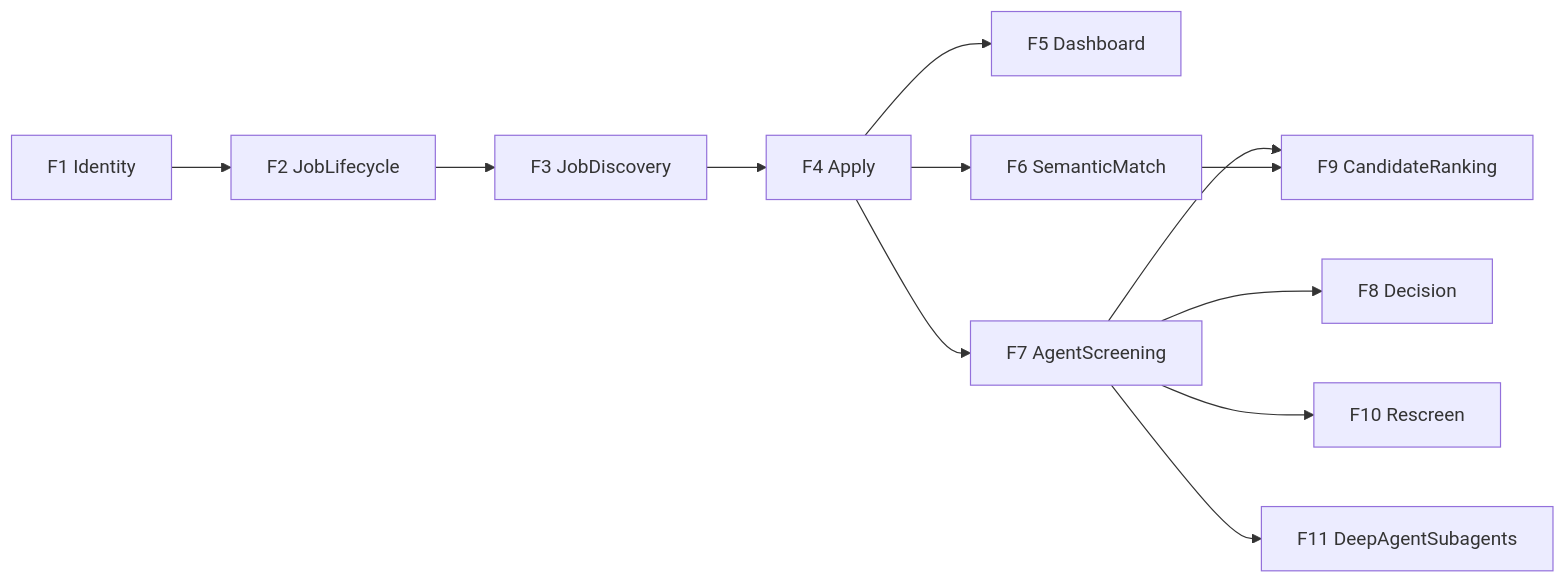
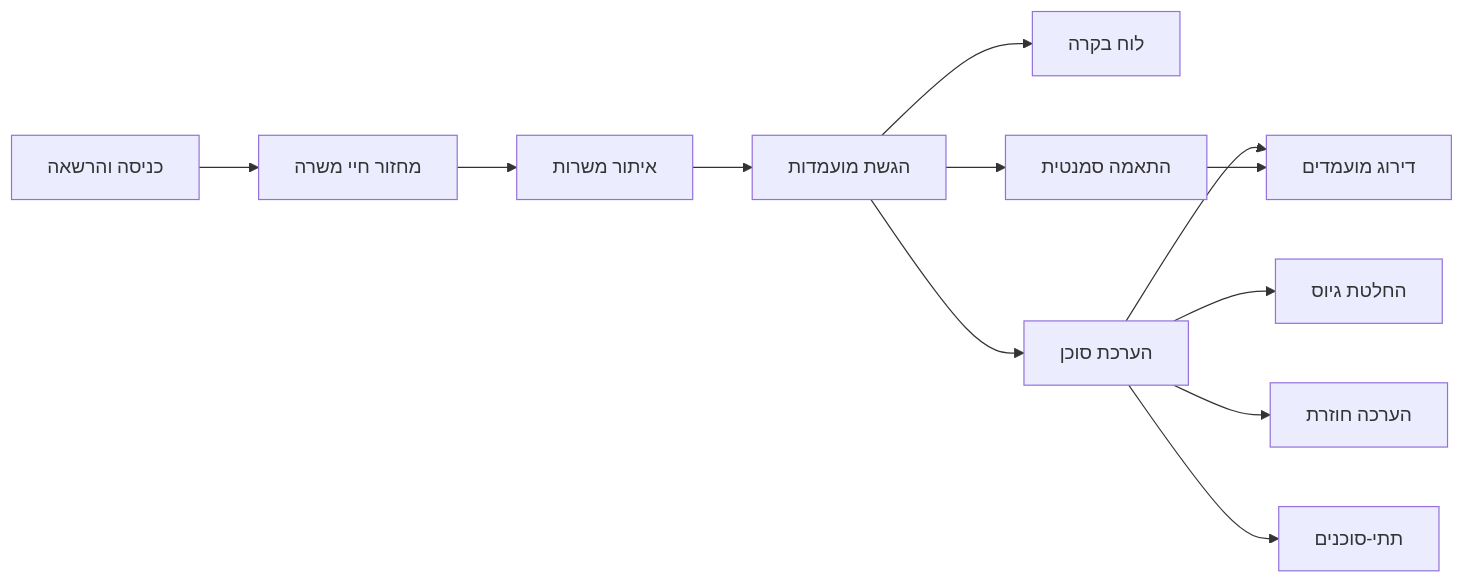
Before and after one commit to smerzel/AIproject: the diagram in docs/04-features.md, drawn with Mermaid. The commit also changed other lines of this file and 15 other files, not shown here.

````diff
--- a/docs/04-features.md
+++ b/docs/04-features.md
@@ -5,14 +5,14 @@
 ```mermaid
 flowchart LR
-  F1[F1 Identity] --> F2[F2 JobLifecycle]
-  F2 --> F3[F3 JobDiscovery]
-  F3 --> F4[F4 Apply]
-  F4 --> F5[F5 Dashboard]
-  F4 --> F6[F6 SemanticMatch]
-  F4 --> F7[F7 AgentScreening]
-  F7 --> F8[F8 Decision]
-  F7 --> F9[F9 CandidateRanking]
-  F6 --> F9
-  F7 --> F10[F10 Rescreen]
-  F7 --> F11[F11 DeepAgentSubagents]
+  login[כניסה והרשאה] --> job[מחזור חיי משרה]
+  job --> search[איתור משרות]
+  search --> apply[הגשת מועמדות]
+  apply --> dash[לוח בקרה]
+  apply --> similar[התאמה סמנטית]
+  apply --> score[הערכת סוכן]
+  score --> decision[החלטת גיוס]
+  score --> rank[דירוג מועמדים]
+  similar --> rank
+  score --> again[הערכה חוזרת]
+  score --> helpers[תתי-סוכנים]
 ```
````
